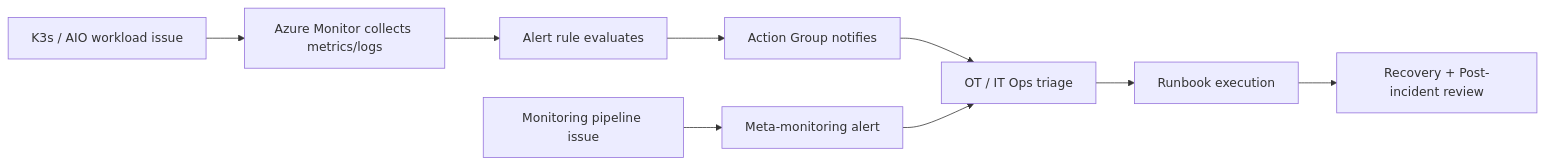
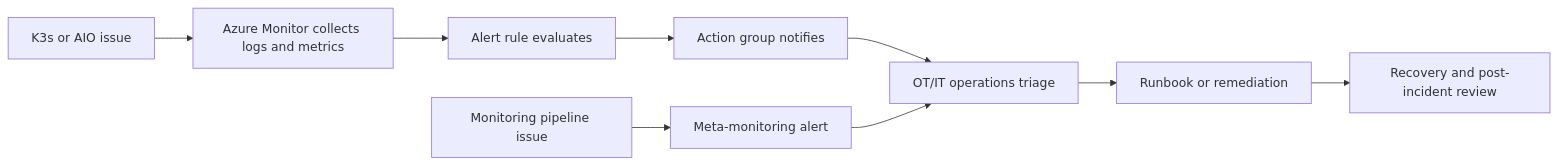
Before and after one commit to avinashr-insight/manufacturing-iot: the third of 3 diagrams in Security and Governance/Azure Monitor and Log Analytics Security and Governance.md, drawn with Mermaid. The commit also changed other lines of this file, not shown here.

Commit message:
Updated Monitor and Log Analytics

````diff
--- a/Security and Governance/Azure Monitor and Log Analytics Security and Governance.md
+++ b/Security and Governance/Azure Monitor and Log Analytics Security and Governance.md
@@ -420,12 +322,12 @@
 ```mermaid
 flowchart LR
-    A[K3s / AIO workload issue] --> B[Azure Monitor collects metrics/logs]
+    A[K3s or AIO issue] --> B[Azure Monitor collects logs and metrics]
     B --> C[Alert rule evaluates]
-    C --> D[Action Group notifies]
-    D --> E[OT / IT Ops triage]
-    E --> F[Runbook execution]
-    F --> G[Recovery + Post-incident review]
+    C --> D[Action group notifies]
+    D --> E[OT/IT operations triage]
+    E --> F[Runbook or remediation]
+    F --> G[Recovery and post-incident review]
 
     H[Monitoring pipeline issue] --> I[Meta-monitoring alert]
     I --> E
 ```
````
